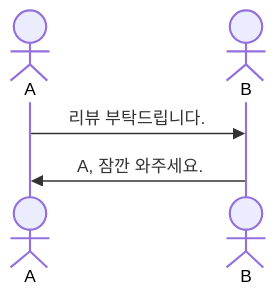
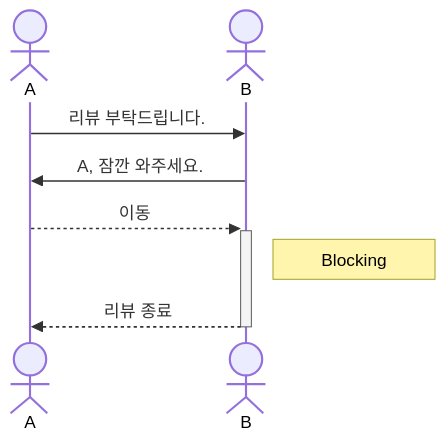
The second of 3 diagrams in Resource/Sync Async and Blocking Non-blocking.md (songkg7/haril-vault), drawn with Mermaid before and after one commit. The commit also changed other lines of this file and 4 other files, not shown here.

````diff
--- a/Resource/Sync Async and Blocking Non-blocking.md
+++ b/Resource/Sync Async and Blocking Non-blocking.md
@@ -53,7 +54,10 @@
 ```mermaid
 sequenceDiagram
     actor A
     actor B
     A ->> B: 리뷰 부탁드립니다.
     B ->> A: A, 잠깐 와주세요.
+    A -->> +B: 이동
+    Note right of B: Blocking
+    B -->> -A: 리뷰 종료
 ```
````
